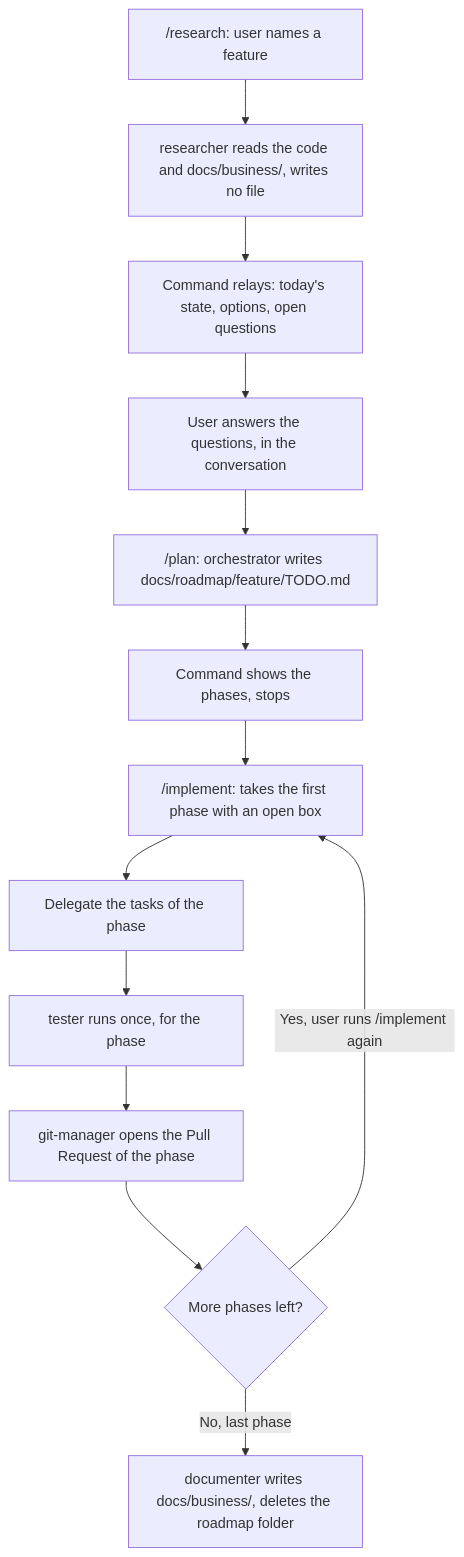
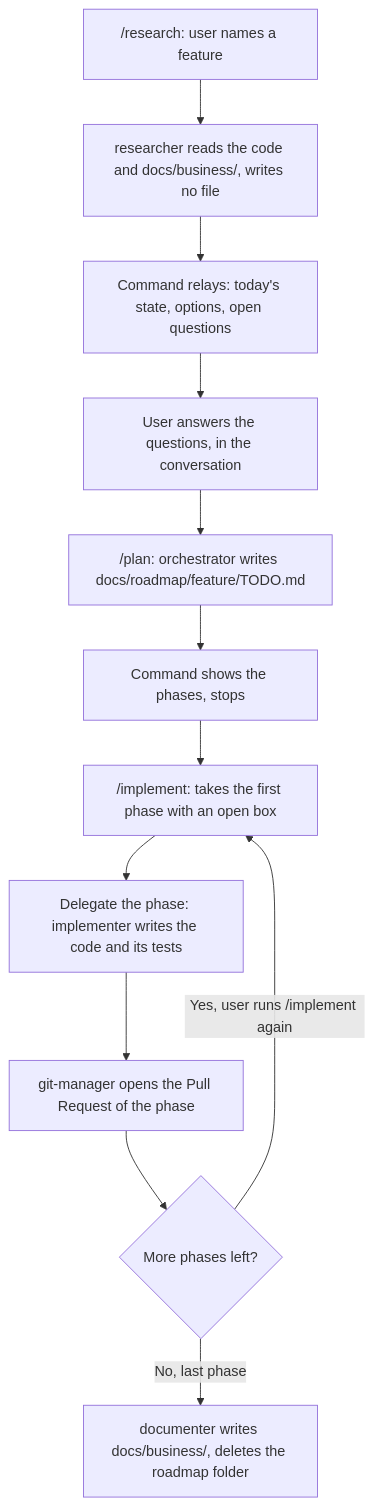
The second of 2 diagrams in docs/architecture/agents/key-flows.md (GitOpsLovers/gitpaas), drawn with Mermaid before and after one commit. The commit also changed other lines of this file and 20 other files, not shown here.

````diff
--- a/docs/architecture/agents/key-flows.md
+++ b/docs/architecture/agents/key-flows.md
@@ -25,15 +25,14 @@
 ```mermaid
 flowchart TD
     A["/research: user names a feature"] --> B[researcher reads the code and docs/business/, writes no file]
     B --> C[Command relays: today's state, options, open questions]
     C --> D[User answers the questions, in the conversation]
     D --> E["/plan: orchestrator writes docs/roadmap/feature/TODO.md"]
     E --> F[Command shows the phases, stops]
     F --> G["/implement: takes the first phase with an open box"]
-    G --> H[Delegate the tasks of the phase]
-    H --> I[tester runs once, for the phase]
-    I --> J[git-manager opens the Pull Request of the phase]
+    G --> H[Delegate the phase: implementer writes the code and its tests]
+    H --> J[git-manager opens the Pull Request of the phase]
     J --> K{More phases left?}
     K -->|Yes, user runs /implement again| G
     K -->|No, last phase| L[documenter writes docs/business/, deletes the roadmap folder]
 ```
````
